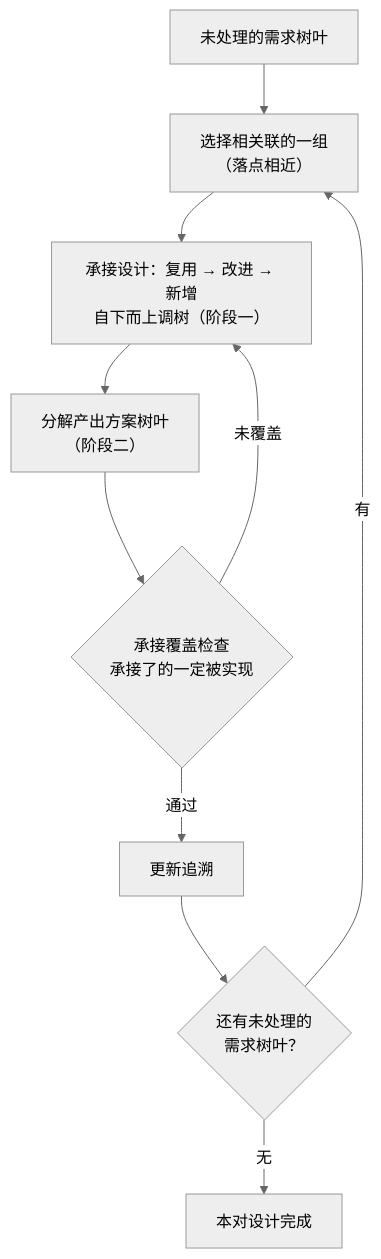
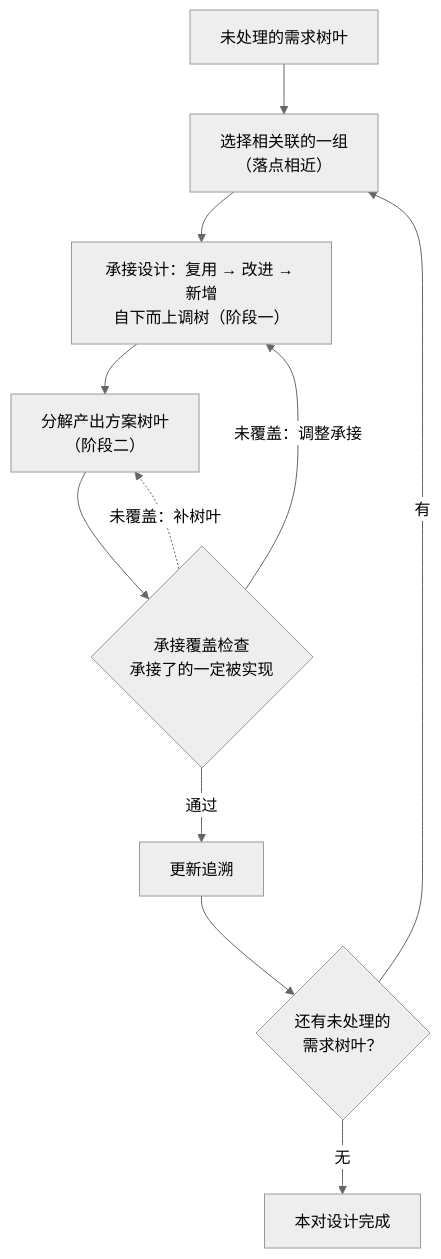
One commit to Yongjunzhou/AOS-system-design changed the second of 4 diagrams in 50-research/00-系统工程相关研究报告/20-由需求开发方案研究报告-需求方案对与两阶段设计算法.md. Above: the diagram before and after it, drawn with Mermaid (neutral theme). The commit also changed other lines of this file and 2 other files, not shown here.

Commit message:
[教材] 20号报告·审视落地四项+E/F收口：A链尾阶段二移交开发线（从过程例外重构为规则结论：§2.3消费方原则接通、§1.4分解源判据升格全链规则接口、§5.4升格主定义、§〇/1.1/1.5/四/5.1/5.3/七全链8处联动，删「不再另行落纸」「详细级内容即组件规格」旧口径）+B预处理承接补覆盖关口（§3.3共用第二道关口+§2.5/§4.5适用面同步）+C覆盖检查统一节点级口径（§4.1步骤4）+D循环图补E→D补树叶回边+E图程序违规回炉显式化（§4.2图I节点两步动作）+F链首括注补执行指针（规则见§2.3/2.4，执行见§3.2）+记忆同步（2026-09-03）

````diff
--- a/50-research/00-系统工程相关研究报告/20-由需求开发方案研究报告-需求方案对与两阶段设计算法.md
+++ b/50-research/00-系统工程相关研究报告/20-由需求开发方案研究报告-需求方案对与两阶段设计算法.md
@@ -197,12 +198,13 @@
 ```mermaid
 flowchart TD
     A["未处理的需求树叶"] --> B["选择相关联的一组<br/>（落点相近）"]
     B --> C["承接设计：复用 → 改进 → 新增<br/>自下而上调树（阶段一）"]
     C --> D["分解产出方案树叶<br/>（阶段二）"]
     D --> E{"承接覆盖检查<br/>承接了的一定被实现"}
-    E -- "未覆盖" --> C
+    E -- "未覆盖：调整承接" --> C
+    E -.->|"未覆盖：补树叶"| D
     E -- "通过" --> F["更新追溯"]
     F --> G{"还有未处理的<br/>需求树叶？"}
     G -- "有" --> B
     G -- "无" --> H["本对设计完成"]
 ```
````
